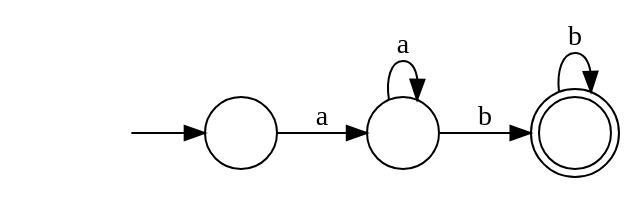
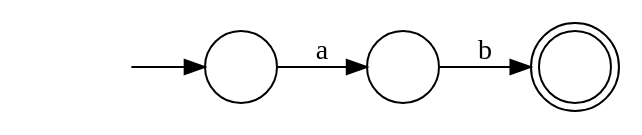
Before and after one commit to jpalacci/JEFA: the diagram in graph1.dot, drawn with Graphviz. The commit also changed 6 other files, not shown here.

```diff
--- a/graph1.dot
+++ b/graph1.dot
@@ -1,12 +1,10 @@
 digraph Automaton {
   rankdir = LR;
   0 [shape=circle,label=""];
-  0 -> 0 [label="a"]
-  0 -> 2 [label="b"]
-  1 [shape=circle,label=""];
   initial [shape=plaintext,label=""];
-  initial -> 1
-  1 -> 0 [label="a"]
-  2 [shape=doublecircle,label=""];
-  2 -> 2 [label="b"]
+  initial -> 0
+  0 -> 2 [label="a"]
+  1 [shape=doublecircle,label=""];
+  2 [shape=circle,label=""];
+  2 -> 1 [label="b"]
 }
```
